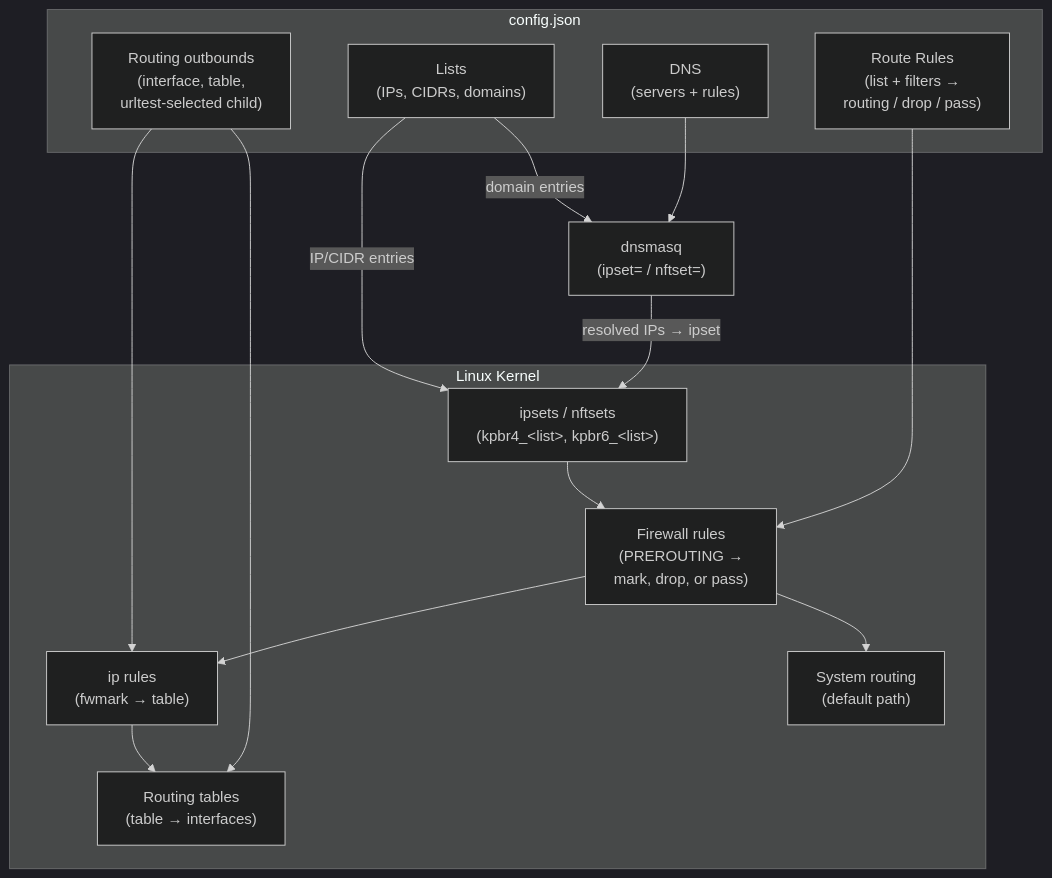
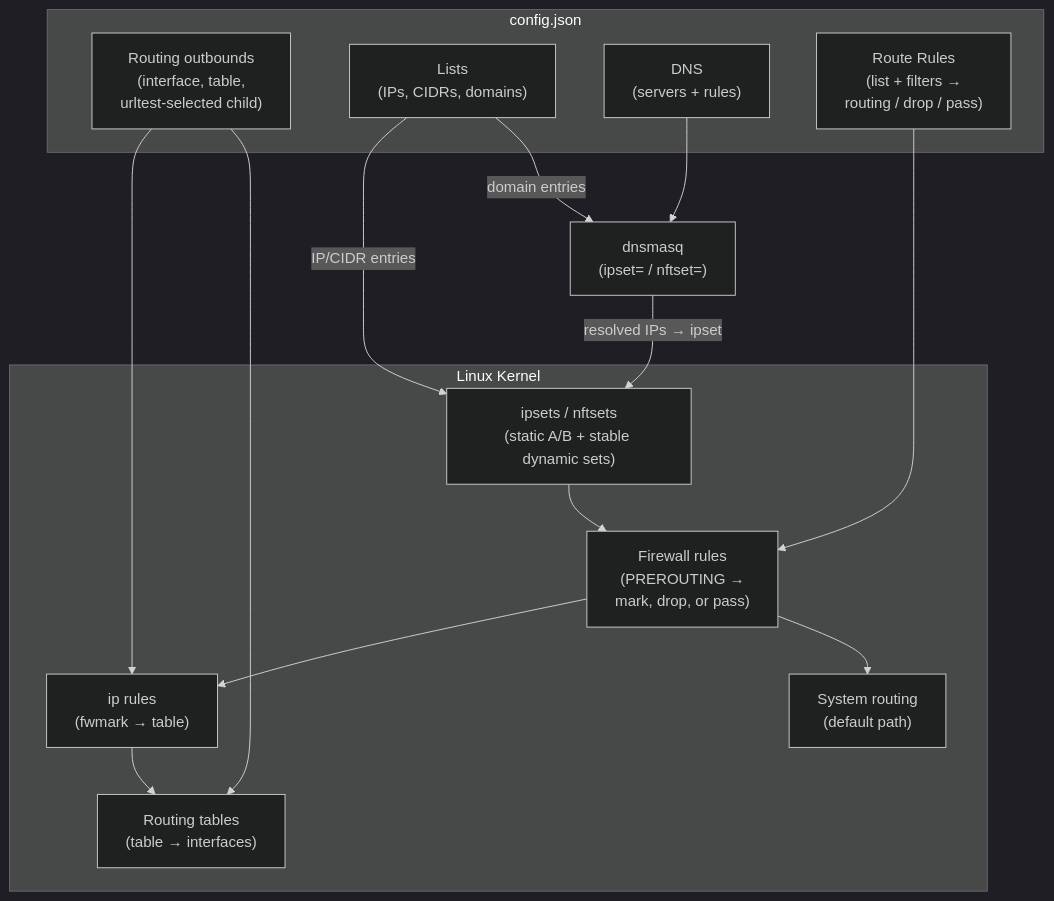
Before and after one commit to maksimkurb/keen-pbr: the first of 3 diagrams in docs/content/docs/concepts.md, drawn with Mermaid (dark theme). The commit also changed other lines of this file and 28 other files, not shown here.

````diff
--- a/docs/content/docs/concepts.md
+++ b/docs/content/docs/concepts.md
@@ -83,31 +83,31 @@
 ```mermaid
 flowchart TD
     subgraph Config["config.json"]
         RoutingOutbounds["Routing outbounds\n(interface, table,\nurltest-selected child)"]
         Lists["Lists\n(IPs, CIDRs, domains)"]
         DNS["DNS\n(servers + rules)"]
         RouteRules["Route Rules\n(list + filters →\nrouting / drop / pass)"]
     end
 
     subgraph Kernel["Linux Kernel"]
-        Ipsets["ipsets / nftsets\n(kpbr4_&lt;list&gt;, kpbr6_&lt;list&gt;)"]
+        Ipsets["ipsets / nftsets\n(static A/B + stable dynamic sets)"]
         FwmarkRules["Firewall rules\n(PREROUTING →\nmark, drop, or pass)"]
         IpRules["ip rules\n(fwmark → table)"]
         RoutingTables["Routing tables\n(table → interfaces)"]
         SystemRouting["System routing\n(default path)"]
     end
 
     Dnsmasq["dnsmasq\n(ipset= / nftset=)"]
 
     Lists -->|"IP/CIDR entries"| Ipsets
     Lists -->|"domain entries"| Dnsmasq
     DNS --> Dnsmasq
     Ipsets --> FwmarkRules
     RouteRules --> FwmarkRules
     RoutingOutbounds --> IpRules
     RoutingOutbounds --> RoutingTables
     FwmarkRules --> IpRules
     FwmarkRules --> SystemRouting
     IpRules --> RoutingTables
     Dnsmasq -->|"resolved IPs → ipset"| Ipsets
 ```
````
